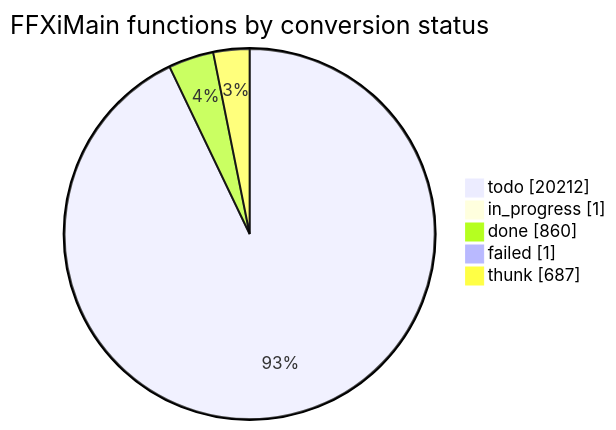
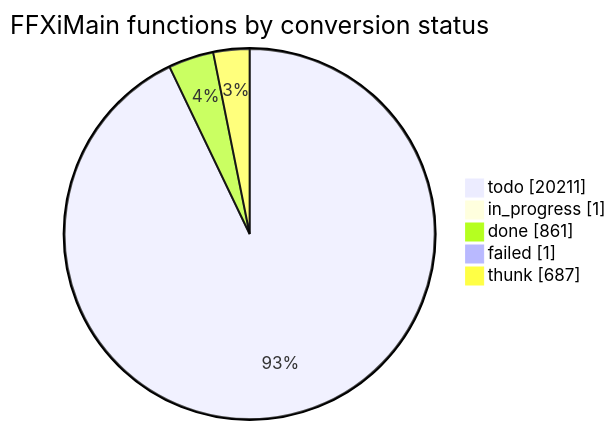
One commit to cowrevenge/cow_kuluu_xi_anything changed the diagram in docs/cow/STATUS.md. Above: the diagram before and after it, drawn with Mermaid. The commit also changed other lines of this file and 9 other files, not shown here.

````diff
--- a/docs/cow/STATUS.md
+++ b/docs/cow/STATUS.md
@@ -21,9 +18,9 @@
 ```mermaid
 pie showData
     title FFXiMain functions by conversion status
-    "todo" : 20212
+    "todo" : 20211
     "in_progress" : 1
-    "done" : 860
+    "done" : 861
     "failed" : 1
     "thunk" : 687
 ```
````
